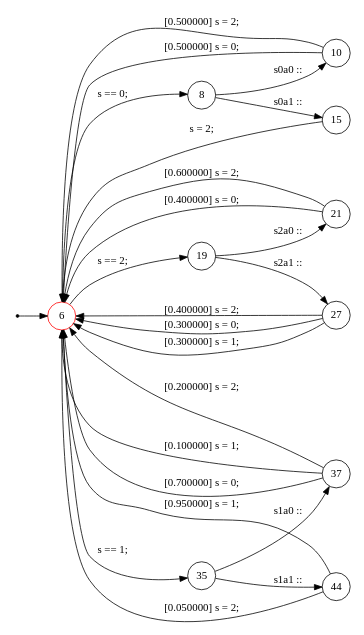
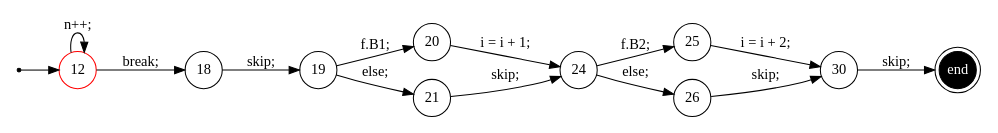
The diagram in trace/0.dot (samilazregsuidi/Daedalux), drawn with Graphviz before and after one commit. The commit also changed 118 other files, not shown here.

```diff
--- a/trace/0.dot
+++ b/trace/0.dot
@@ -1,39 +1,29 @@
 digraph finite_state_machine {
 	rankdir=LR
 	size="8,5"
-	93824993319552 [label = 6, shape = doublecircle, color = red, fixedsize = true]; 
-	s93824993319552 [shape = point];
-	 93824993319552 [label = 6, shape = circle, color = red, fixedsize = true ];
-	 93824993310416 [label = 8, shape = circle, fixedsize = true ];
-	 93824993310976 [label = 10, shape = circle, fixedsize = true ];
-	 93824993312496 [label = 15, shape = circle, fixedsize = true ];
-	 93824993312944 [label = 19, shape = circle, fixedsize = true ];
-	 93824993313712 [label = 21, shape = circle, fixedsize = true ];
-	 93824993315232 [label = 27, shape = circle, fixedsize = true ];
-	 93824993316688 [label = 35, shape = circle, fixedsize = true ];
-	 93824993317632 [label = 37, shape = circle, fixedsize = true ];
-	 93824993325184 [label = 44, shape = circle, fixedsize = true ];
-	s93824993319552 -> 93824993319552;
-	93824993319552 -> 93824993310416 [ label = "s == 0; "];
-	93824993310416 -> 93824993310976 [ label = "s0a0 :: "];
-	93824993310976 -> 93824993319552 [ label = " [0.500000] s = 0; "];
-	93824993310976 -> 93824993319552 [ label = " [0.500000] s = 2; "];
-	93824993310416 -> 93824993312496 [ label = "s0a1 :: "];
-	93824993312496 -> 93824993319552 [ label = "s = 2; "];
-	93824993319552 -> 93824993312944 [ label = "s == 2; "];
-	93824993312944 -> 93824993313712 [ label = "s2a0 :: "];
-	93824993313712 -> 93824993319552 [ label = " [0.400000] s = 0; "];
-	93824993313712 -> 93824993319552 [ label = " [0.600000] s = 2; "];
-	93824993312944 -> 93824993315232 [ label = "s2a1 :: "];
-	93824993315232 -> 93824993319552 [ label = " [0.400000] s = 2; "];
-	93824993315232 -> 93824993319552 [ label = " [0.300000] s = 0; "];
-	93824993315232 -> 93824993319552 [ label = " [0.300000] s = 1; "];
-	93824993319552 -> 93824993316688 [ label = "s == 1; "];
-	93824993316688 -> 93824993317632 [ label = "s1a0 :: "];
-	93824993317632 -> 93824993319552 [ label = " [0.100000] s = 1; "];
-	93824993317632 -> 93824993319552 [ label = " [0.700000] s = 0; "];
-	93824993317632 -> 93824993319552 [ label = " [0.200000] s = 2; "];
-	93824993316688 -> 93824993325184 [ label = "s1a1 :: "];
-	93824993325184 -> 93824993319552 [ label = " [0.950000] s = 1; "];
-	93824993325184 -> 93824993319552 [ label = " [0.050000] s = 2; "];
+	93824994178208 [label = 12, shape = doublecircle, color = red, fixedsize = true]; 
+	s93824994178208 [shape = point];
+	e93824994173872 [shape = doublecircle, fixedsize = true, style = filled, fillcolor = black, fontcolor = white,  label = end];
+	 93824994178208 [label = 12, shape = circle, color = red, fixedsize = true ];
+	 93824994170560 [label = 18, shape = circle, fixedsize = true ];
+	 93824994170896 [label = 19, shape = circle, fixedsize = true ];
+	 93824994171728 [label = 20, shape = circle, fixedsize = true ];
+	 93824994172480 [label = 21, shape = circle, fixedsize = true ];
+	 93824994172256 [label = 24, shape = circle, fixedsize = true ];
+	 93824994173344 [label = 25, shape = circle, fixedsize = true ];
+	 93824994174096 [label = 26, shape = circle, fixedsize = true ];
+	 93824994173872 [label = 30, shape = circle, fixedsize = true ];
+	s93824994178208 -> 93824994178208;
+	93824994178208 -> 93824994170560 [ label = "break; "];
+	93824994178208 -> 93824994178208 [ label = "n++; "];
+	93824994170560 -> 93824994170896 [ label = "skip; "];
+	93824994170896 -> 93824994171728 [ label = "f.B1; "];
+	93824994171728 -> 93824994172256 [ label = "i = i + 1; "];
+	93824994170896 -> 93824994172480 [ label = "else; "];
+	93824994172480 -> 93824994172256 [ label = "skip; "];
+	93824994172256 -> 93824994173344 [ label = "f.B2; "];
+	93824994173344 -> 93824994173872 [ label = "i = i + 2; "];
+	93824994172256 -> 93824994174096 [ label = "else; "];
+	93824994174096 -> 93824994173872 [ label = "skip; "];
+	93824994173872 -> e93824994173872 [ label = "skip; "];
 }
```
